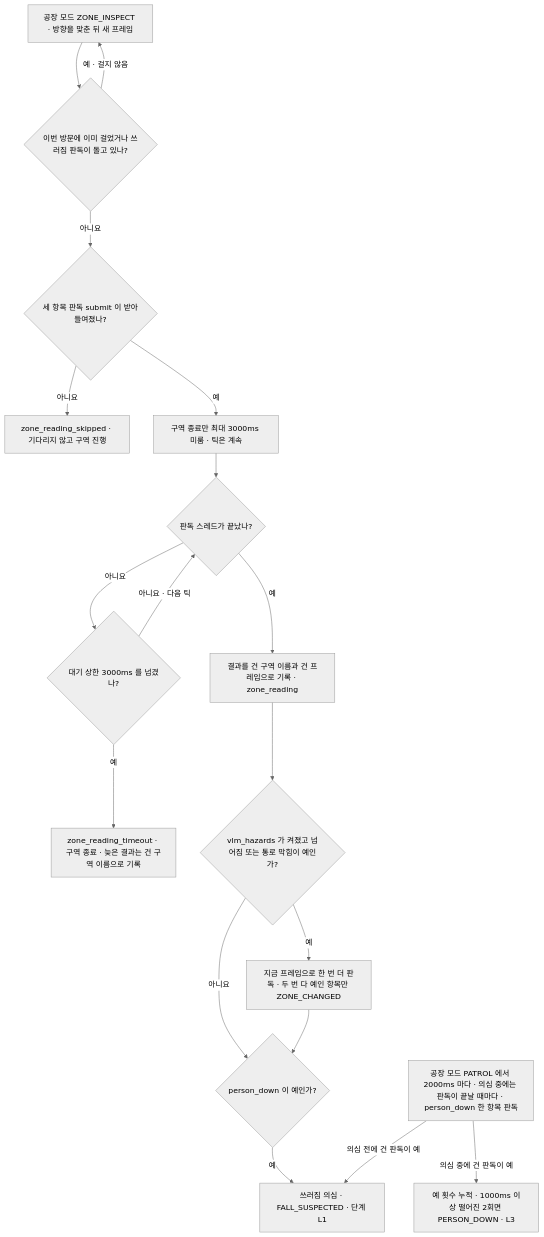
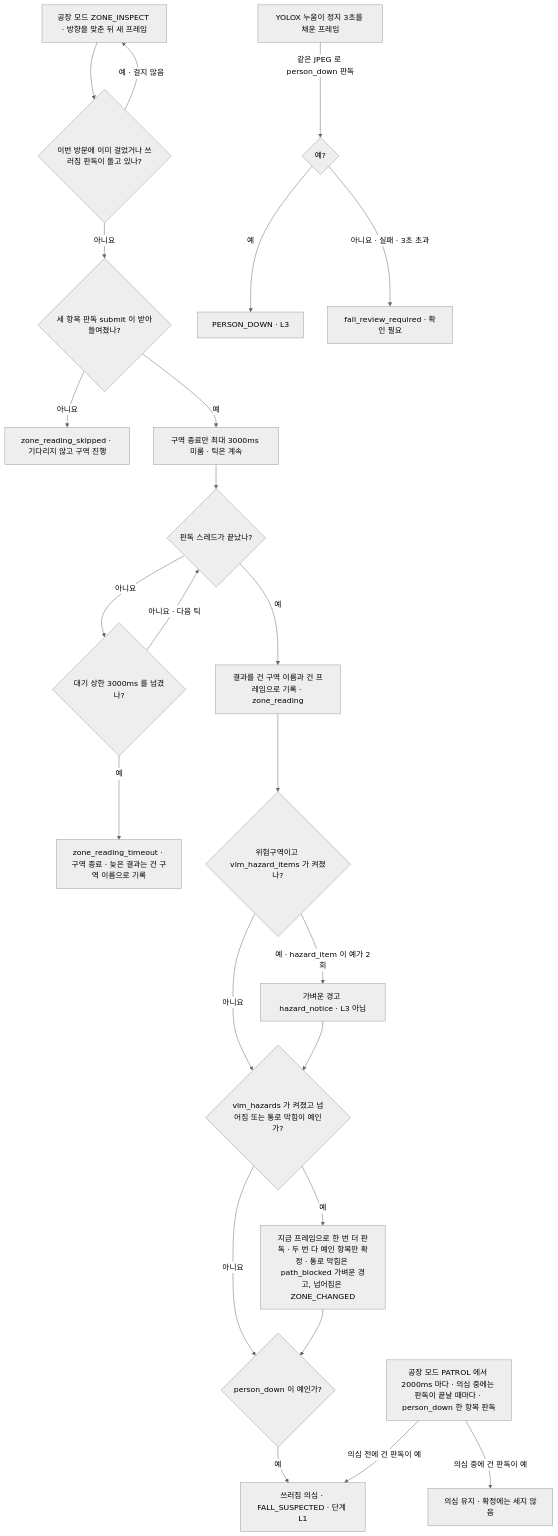
One commit to PJW-1/mechadog changed the second of 2 diagrams in docs/features/vlm-reading.md. Above: the diagram before and after it, drawn with Mermaid (neutral theme). The commit also changed other lines of this file and 885 other files, not shown here.

````diff
--- a/docs/features/vlm-reading.md
+++ b/docs/features/vlm-reading.md
@@ -32,21 +32,27 @@
 ```mermaid
 flowchart TD
   Z0["공장 모드 ZONE_INSPECT · 방향을 맞춘 뒤 새 프레임"] --> ASKED{"이번 방문에 이미 걸었거나 쓰러짐 판독이 돌고 있나?"}
   ASKED -->|예 · 걸지 않음| Z0
   ASKED -->|아니요| SUB{"세 항목 판독 submit 이 받아들여졌나?"}
   SUB -->|아니요| SKIPZ["zone_reading_skipped · 기다리지 않고 구역 진행"]
   SUB -->|예| WAITZ["구역 종료만 최대 3000ms 미룸 · 틱은 계속"]
   WAITZ --> TAKE{"판독 스레드가 끝났나?"}
   TAKE -->|아니요| TOUT{"대기 상한 3000ms 를 넘겼나?"}
   TOUT -->|예| TO["zone_reading_timeout · 구역 종료 · 늦은 결과는 건 구역 이름으로 기록"]
   TOUT -->|아니요 · 다음 틱| TAKE
   TAKE -->|예| TK["결과를 건 구역 이름과 건 프레임으로 기록 · zone_reading"]
-  TK --> HZ{"vlm_hazards 가 켜졌고 넘어짐 또는 통로 막힘이 예인가?"}
-  HZ -->|예| AGAIN["지금 프레임으로 한 번 더 판독 · 두 번 다 예인 항목만 ZONE_CHANGED"]
+  TK --> HI{"위험구역이고 vlm_hazard_items 가 켜졌나?"}
+  HI -->|예 · hazard_item 이 예가 2회| HN["가벼운 경고 hazard_notice · L3 아님"]
+  HI -->|아니요| HZ{"vlm_hazards 가 켜졌고 넘어짐 또는 통로 막힘이 예인가?"}
+  HN --> HZ
+  HZ -->|예| AGAIN["지금 프레임으로 한 번 더 판독 · 두 번 다 예인 항목만 확정 · 통로 막힘은 path_blocked 가벼운 경고, 넘어짐은 ZONE_CHANGED"]
   HZ -->|아니요| PD{"person_down 이 예인가?"}
   AGAIN --> PD
   PD -->|예| SUS["쓰러짐 의심 · FALL_SUSPECTED · 단계 L1"]
   F0["공장 모드 PATROL 에서 2000ms 마다 · 의심 중에는 판독이 끝날 때마다 · person_down 한 항목 판독"]
   F0 -->|의심 전에 건 판독이 예| SUS
-  F0 -->|의심 중에 건 판독이 예| CNT["예 횟수 누적 · 1000ms 이상 떨어진 2회면 PERSON_DOWN · L3"]
+  F0 -->|의심 중에 건 판독이 예| CNT["의심 유지 · 확정에는 세지 않음"]
+  RULE["YOLOX 누움이 정지 3초를 채운 프레임"] -->|같은 JPEG 로 person_down 판독| CROSS{"예?"}
+  CROSS -->|예| PDN["PERSON_DOWN · L3"]
+  CROSS -->|아니요 · 실패 · 3초 초과| REV["fall_review_required · 확인 필요"]
 ```
````
